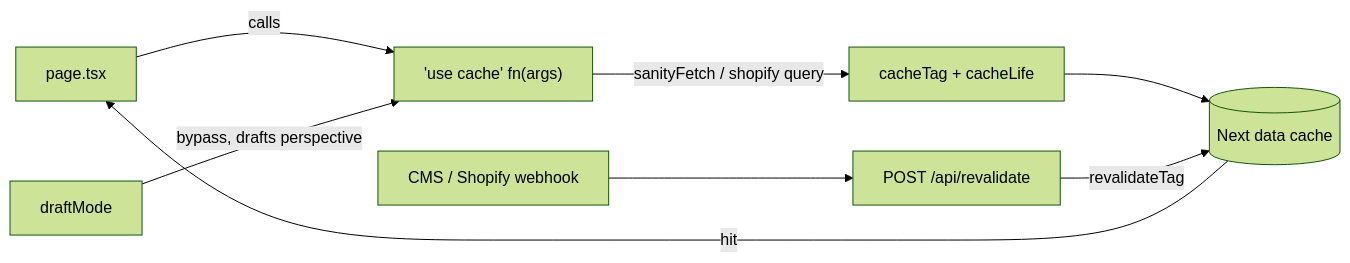
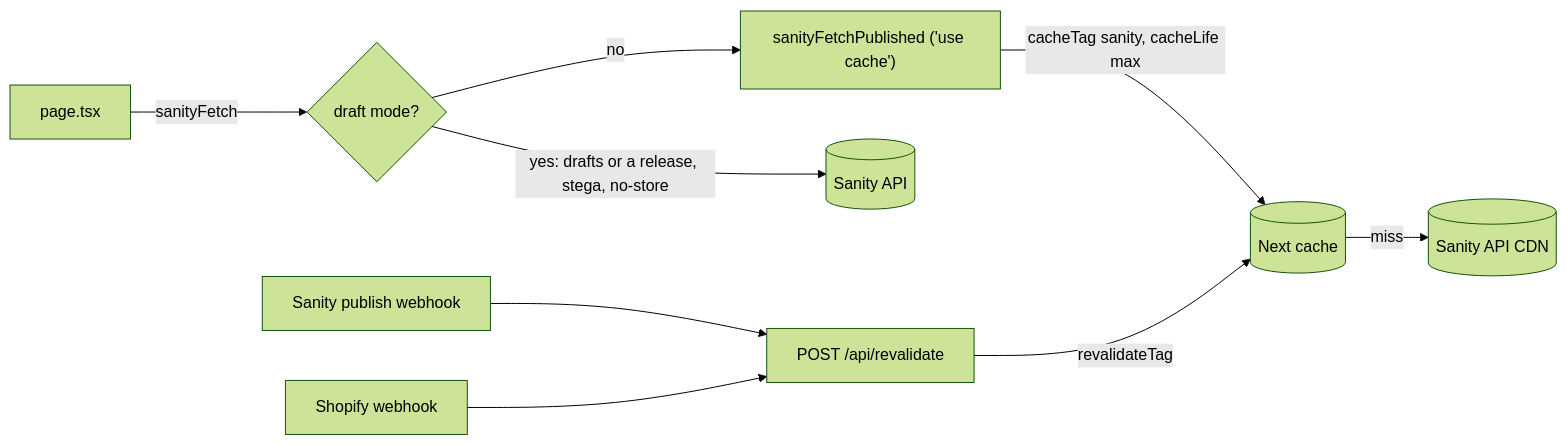
One commit to darkroomengineering/satus changed the diagram in ARCHITECTURE.md. Above: the diagram before and after it, drawn with Mermaid (forest theme). The commit also changed other lines of this file and 29 other files, not shown here.

First line of the commit message:
refactor(sanity)!: replace Sanity Live with tag-and-webhook caching

````diff
--- a/ARCHITECTURE.md
+++ b/ARCHITECTURE.md
@@ -68,10 +70,11 @@
 ```mermaid
 flowchart LR
-    P[page.tsx] -->|calls| U["'use cache' fn(args)"]
-    U -->|sanityFetch / shopify query| C[cacheTag + cacheLife]
-    C --> Cache[(Next data cache)]
-    Cache -->|hit| P
-    Hook[CMS / Shopify webhook] --> API[POST /api/revalidate]
-    API -->|revalidateTag| Cache
-    D[draftMode] -->|bypass, drafts perspective| U
+    P[page.tsx] -->|sanityFetch| F{draft mode?}
+    F -->|no| U["sanityFetchPublished ('use cache')"]
+    U -->|cacheTag sanity, cacheLife max| Cache[(Next cache)]
+    Cache -->|miss| API[(Sanity API CDN)]
+    F -->|yes: drafts or a release, stega, no-store| Draft[(Sanity API)]
+    Hook[Sanity publish webhook] --> R[POST /api/revalidate]
+    Shop[Shopify webhook] --> R
+    R -->|revalidateTag| Cache
 ```
````
